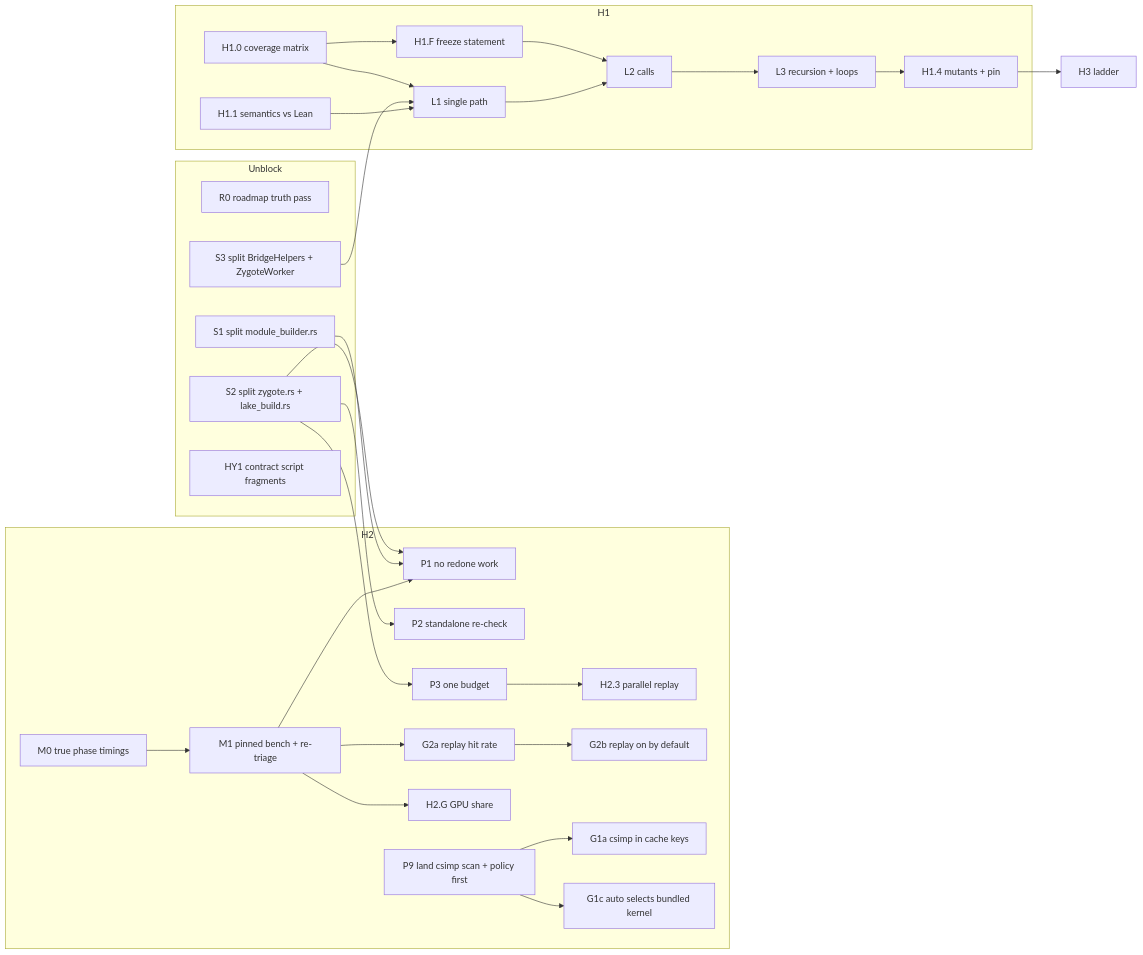
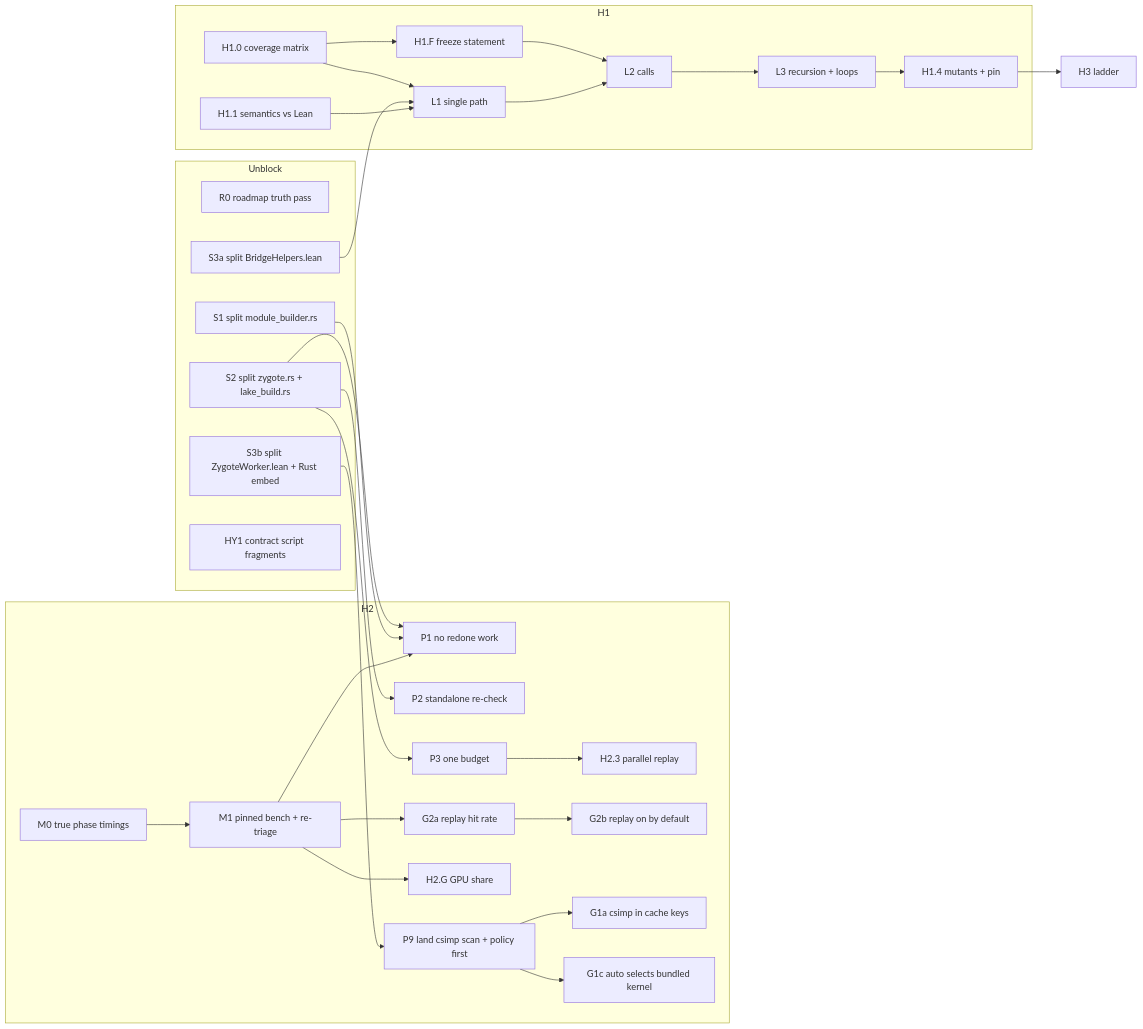
The diagram in roadmap/HORIZONS.md (Th0rgal/turbo-lean), drawn with Mermaid before and after one commit. The commit also changed other lines of this file and 2 other files, not shown here.

Commit message:
docs(roadmap): R0b review fix — auto/standard routing fact in three files; split S3 into S3a (BridgeHelpers, draft #468) and S3b (ZygoteWorker + zygote/worker.rs embed)

````diff
--- a/roadmap/HORIZONS.md
+++ b/roadmap/HORIZONS.md
@@ -99,34 +99,36 @@
 ```mermaid
 flowchart LR
   subgraph Unblock
     R0[R0 roadmap truth pass]
     S1[S1 split module_builder.rs]
     S2[S2 split zygote.rs + lake_build.rs]
-    S3[S3 split BridgeHelpers + ZygoteWorker]
+    S3a[S3a split BridgeHelpers.lean]
+    S3b[S3b split ZygoteWorker.lean + Rust embed]
     HY1[HY1 contract script fragments]
   end
   subgraph H2
     M0[M0 true phase timings] --> M1[M1 pinned bench + re-triage]
     M1 --> P1[P1 no redone work]
     S1 --> P1
     S2 --> P1
     S2 --> P2[P2 standalone re-check]
     S2 --> P3[P3 one budget]
     P3 --> H23[H2.3 parallel replay]
     M1 --> G2a[G2a replay hit rate] --> G2b[G2b replay on by default]
     M1 --> H2G[H2.G GPU share]
     P9[P9 land csimp scan + policy first] --> G1a[G1a csimp in cache keys]
     P9 --> G1c[G1c auto selects bundled kernel]
   end
   subgraph H1
     H10[H1.0 coverage matrix] --> HF[H1.F freeze statement]
     H11[H1.1 semantics vs Lean] --> L1[L1 single path]
-    S3 --> L1
+    S3a --> L1
     H10 --> L1
     L1 --> L2[L2 calls]
     HF --> L2
     L2 --> L3[L3 recursion + loops]
     L3 --> H14[H1.4 mutants + pin]
   end
   H14 --> H3[H3 ladder]
+  S3b --> P9
 ```
````
